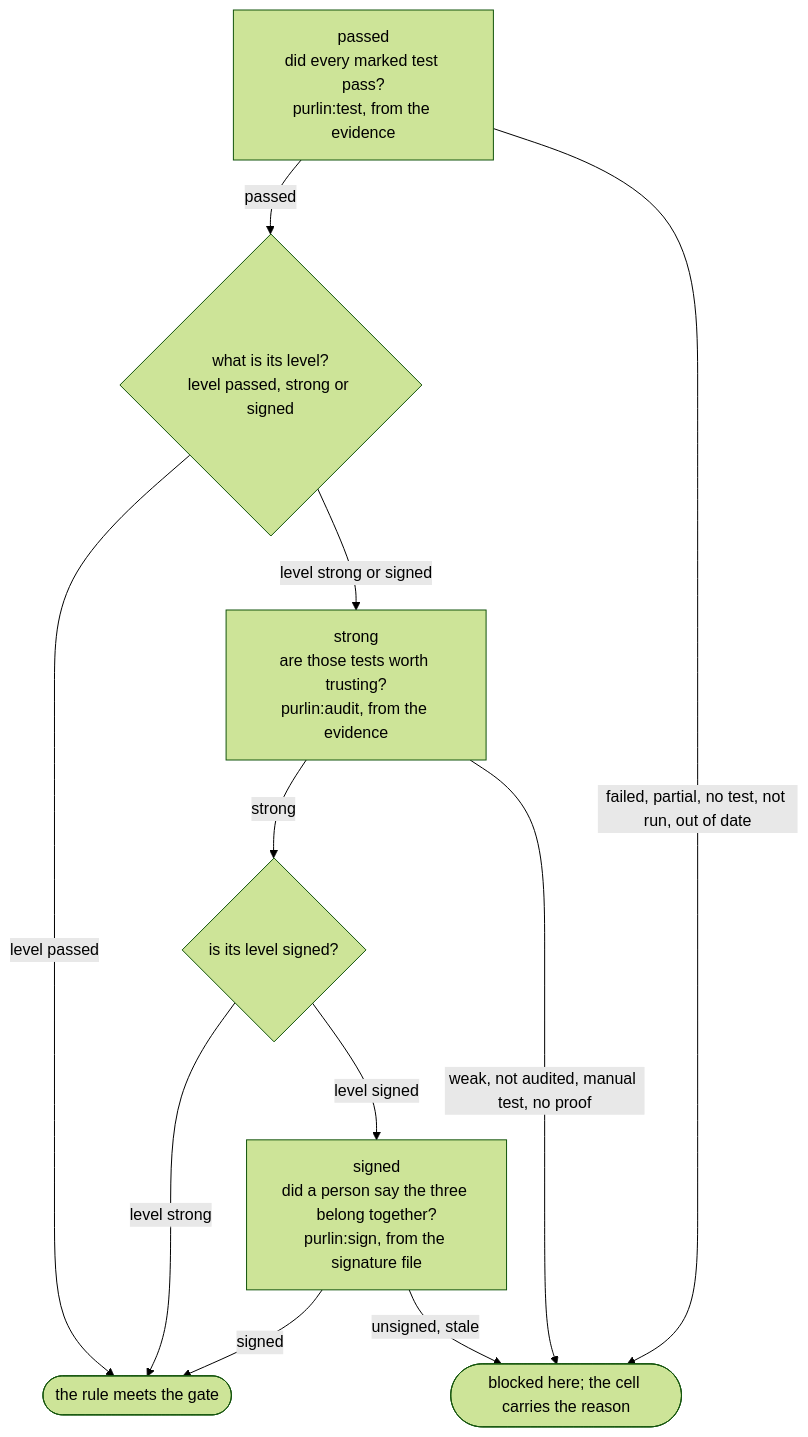
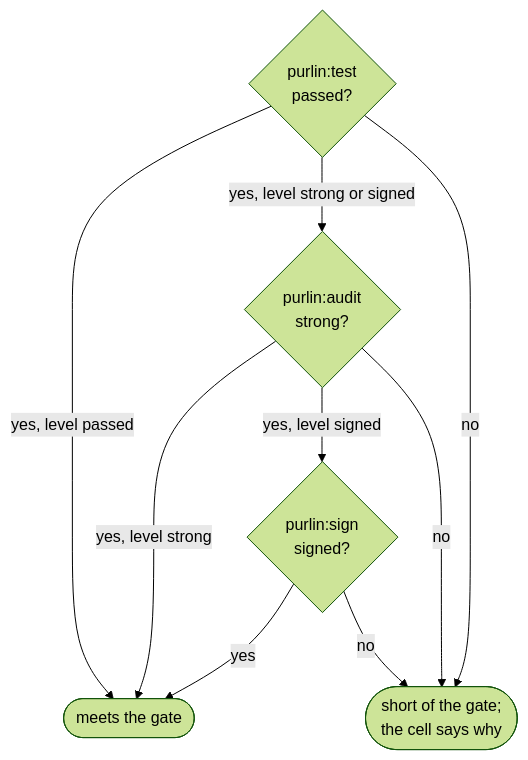
One commit to rlabarca/purlin changed the diagram in docs/how-purlin-works.md. Above: the diagram before and after it, drawn with Mermaid (forest theme). The commit also changed other lines of this file, not shown here.

Commit message:
docs: how Purlin works draws the three questions a rule answers, with the command that answers each
Claude-Session: https://claude.ai/code/session_01EY16JPT1BcH9yMJU9cYMBw

````diff
--- a/docs/how-purlin-works.md
+++ b/docs/how-purlin-works.md
@@ -11,21 +11,16 @@
 ```mermaid
 flowchart TD
-    Q1["passed<br>did every marked test pass?<br>purlin:test, from the evidence"]
-    Q2["strong<br>are those tests worth trusting?<br>purlin:audit, from the evidence"]
-    Q3["signed<br>did a person say the three belong together?<br>purlin:sign, from the signature file"]
-    Lvl{"what is its level?<br>level passed, strong or signed"}
-    Sig{"is its level signed?"}
-    Met(["the rule meets the gate"])
-    Stop(["blocked here; the cell carries the reason"])
-
-    Q1 -->|passed| Lvl
-    Lvl -->|"level passed"| Met
-    Lvl -->|"level strong or signed"| Q2
-    Q2 -->|strong| Sig
-    Sig -->|"level strong"| Met
-    Sig -->|"level signed"| Q3
-    Q3 -->|signed| Met
-    Q1 -->|"failed, partial, no test, not run, out of date"| Stop
-    Q2 -->|"weak, not audited, manual test, no proof"| Stop
-    Q3 -->|"unsigned, stale"| Stop
+    T{"purlin:test<br>passed?"}
+    A{"purlin:audit<br>strong?"}
+    S{"purlin:sign<br>signed?"}
+    M(["meets the gate"])
+    B(["short of the gate;<br>the cell says why"])
+    T -->|"yes, level passed"| M
+    T -->|"yes, level strong or signed"| A
+    A -->|"yes, level strong"| M
+    A -->|"yes, level signed"| S
+    S -->|yes| M
+    T -->|no| B
+    A -->|no| B
+    S -->|no| B
 ```
````
